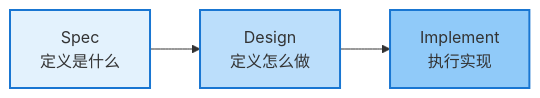
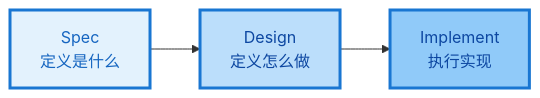
The diagram in presentations/ai-coding/slides/sdd/02-what.md (eliduty/slide), drawn with Mermaid before and after one commit. The commit also changed other lines of this file and 13 other files, not shown here.

````diff
--- a/presentations/ai-coding/slides/sdd/02-what.md
+++ b/presentations/ai-coding/slides/sdd/02-what.md
@@ -17,9 +21,9 @@
-```mermaid {scale: 0.75}
+```mermaid
 graph LR
     A[Spec<br/>定义是什么] --> B[Design<br/>定义怎么做]
     B --> C[Implement<br/>执行实现]
 
-    style A fill:#e3f2fd,stroke:#1976d2,stroke-width:2px
-    style B fill:#bbdefb,stroke:#1976d2,stroke-width:2px
-    style C fill:#90caf9,stroke:#1976d2,stroke-width:2px
+    style A fill:#e3f2fd,stroke:#1976d2,stroke-width:3px,color:#1565c0
+    style B fill:#bbdefb,stroke:#1976d2,stroke-width:3px,color:#0d47a1
+    style C fill:#90caf9,stroke:#1976d2,stroke-width:3px,color:#0d47a1
 ```
````
